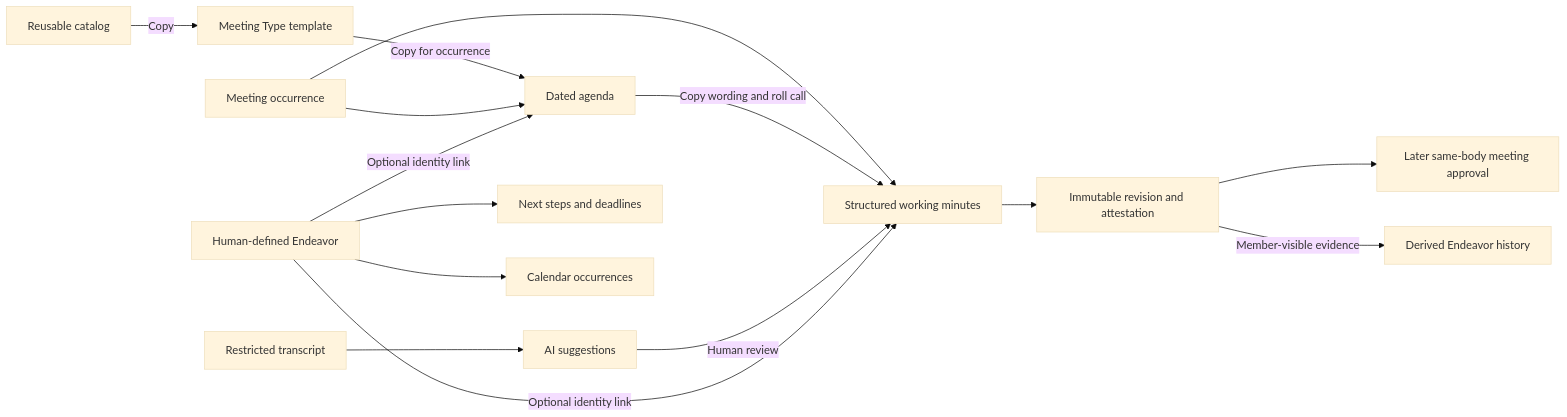
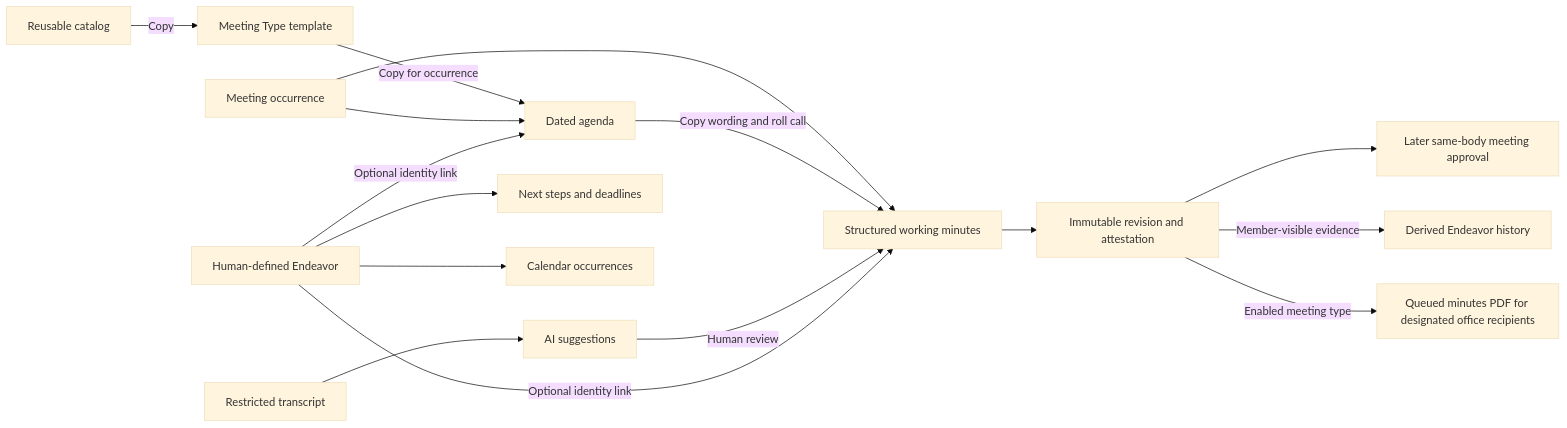
One commit to AndreRobitaille/LegionPostTools changed the second of 2 diagrams in docs/APPLICATION_MAP.md. Above: the diagram before and after it, drawn with Mermaid (base theme). The commit also changed other lines of this file and 9 other files, not shown here.

Commit message:
Document live minutes distribution and Loops list ownership

````diff
--- a/docs/APPLICATION_MAP.md
+++ b/docs/APPLICATION_MAP.md
@@ -132,17 +132,18 @@
 ```mermaid
 flowchart LR
   Catalog[Reusable catalog] -->|Copy| Template[Meeting Type template]
   Template -->|Copy for occurrence| Agenda[Dated agenda]
   Meeting[Meeting occurrence] --> Agenda
   Meeting --> Minutes[Structured working minutes]
   Agenda -->|Copy wording and roll call| Minutes
   Transcript[Restricted transcript] --> Suggestions[AI suggestions]
   Suggestions -->|Human review| Minutes
   Minutes --> Revision[Immutable revision and attestation]
   Revision --> Approval[Later same-body meeting approval]
   Revision -->|Member-visible evidence| History[Derived Endeavor history]
+  Revision -->|Enabled meeting type| Distribution[Queued minutes PDF for designated office recipients]
   Endeavor[Human-defined Endeavor] -->|Optional identity link| Agenda
   Endeavor -->|Optional identity link| Minutes
   Endeavor --> Tasks[Next steps and deadlines]
   Endeavor --> Events[Calendar occurrences]
 ```
````
